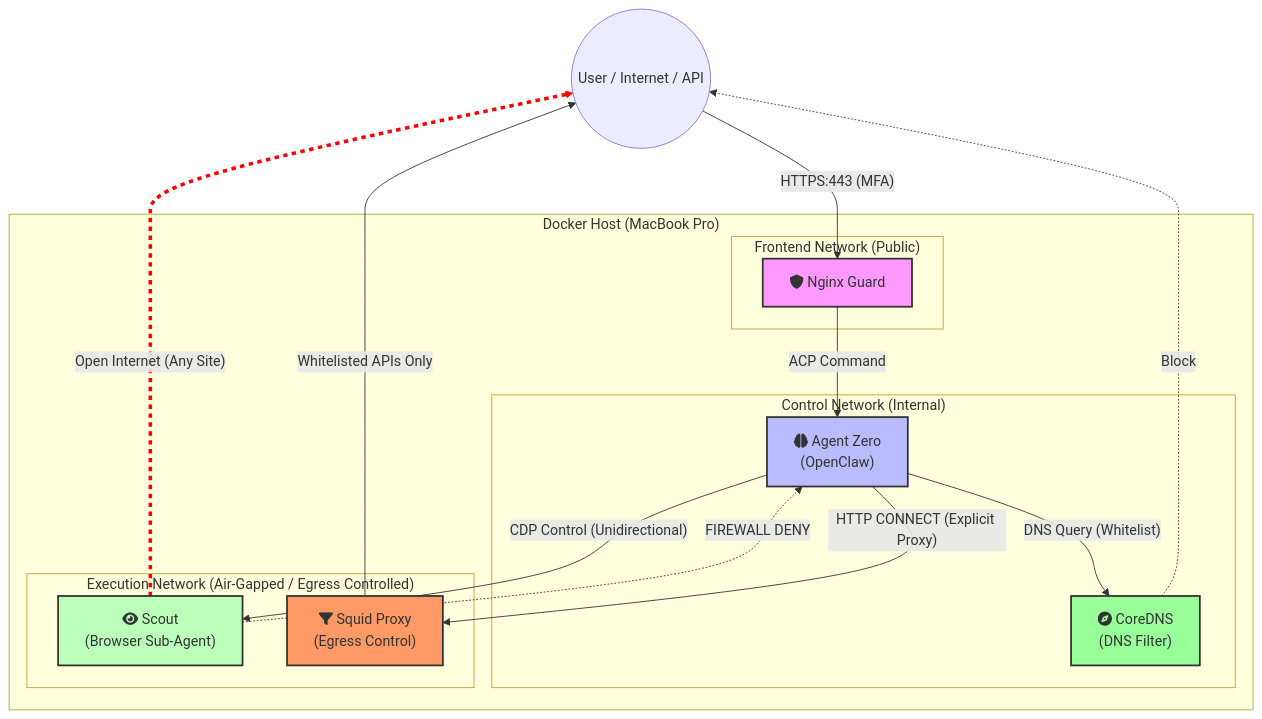
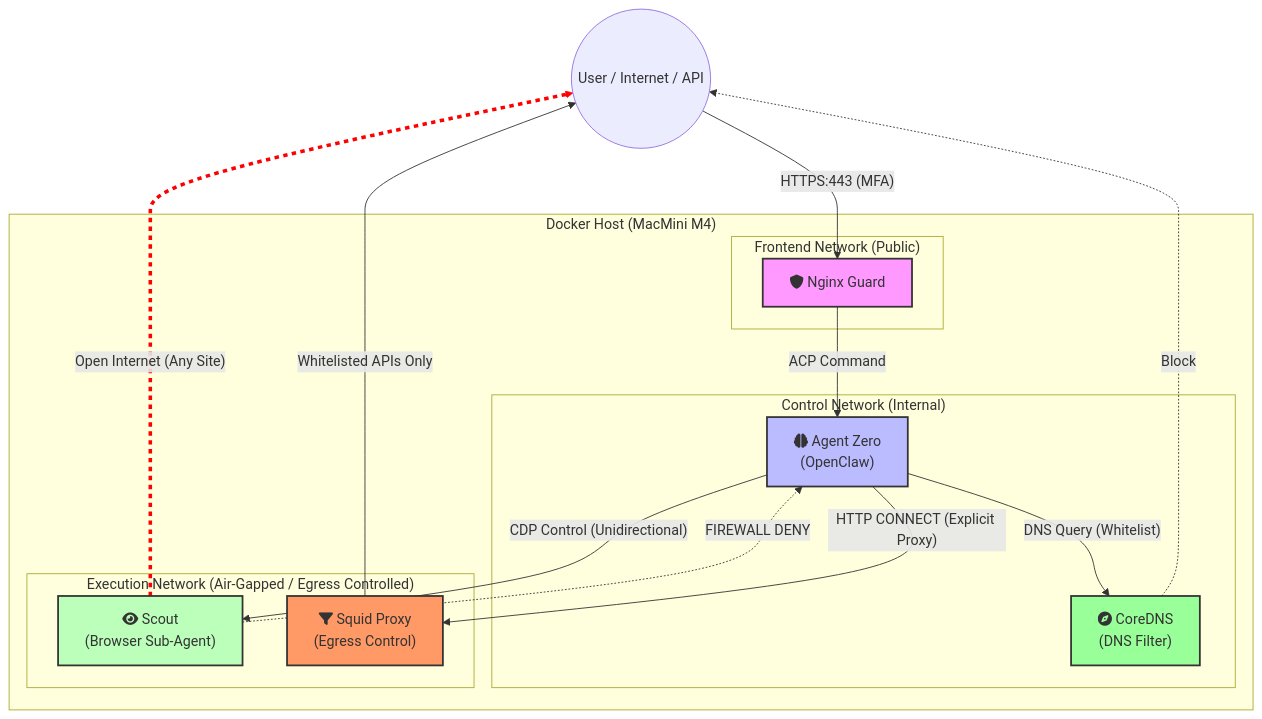
One commit to richfrem/Project_Sanctuary changed the diagram in docs/architecture/safe_agent_zero/diagrams/network_traffic_diagram.mermaid. Above: the diagram before and after it, drawn with Mermaid.

Commit message:
fix(docs): resolve mermaid syntax errors in architecture diagrams

```diff
--- a/docs/architecture/safe_agent_zero/diagrams/network_traffic_diagram.mermaid
+++ b/docs/architecture/safe_agent_zero/diagrams/network_traffic_diagram.mermaid
@@ -1,46 +1,46 @@
 flowchart TB
     internet((User / Internet / API))
 
-    subgraph "Docker Host (MacBook Pro)"
+    subgraph "Docker Host (MacMini M4)"
         subgraph "Frontend Network (Public)"
             guard[fa:fa-shield Nginx Guard]
         end
 
         subgraph "Control Network (Internal)"
             agent["fa:fa-brain Agent Zero<br/>(OpenClaw)"]
             dns["fa:fa-compass CoreDNS<br/>(DNS Filter)"]
         end
 
         subgraph "Execution Network (Air-Gapped / Egress Controlled)"
             scout["fa:fa-eye Scout<br/>(Browser Sub-Agent)"]
             squid["fa:fa-filter Squid Proxy<br/>(Egress Control)"]
         end
     end
 
     %% Ingress Flow
     internet -- "HTTPS:443 (MFA)" --> guard
     guard -- "ACP Command" --> agent
 
     %% Internal Services
     agent -- "DNS Query (Whitelist)" --> dns
-    dns -.->|Block| internet
+    dns -. "Block" .-> internet
 
     %% Egress Flow (Filtered)
     agent -- "HTTP CONNECT (Explicit Proxy)" --> squid
     squid -- "Whitelisted APIs Only" --> internet
     
     %% Execution Flow (Isolated)
     agent -- "CDP Control (Unidirectional)" --> scout
     scout -- "Open Internet (Any Site)" --> internet
     
     %% Lateral Movement Block
-    scout -.->|FIREWALL DENY| agent
+    scout -. "FIREWALL DENY" .-> agent
 
     %% Styling
     style guard fill:#f9f,stroke:#333,stroke-width:2px
     style agent fill:#bbf,stroke:#333,stroke-width:2px
     style scout fill:#bfb,stroke:#333,stroke-width:2px
     style squid fill:#f96,stroke:#333,stroke-width:2px
     style dns fill:#9f9,stroke:#333,stroke-width:2px
 
     linkStyle 7 stroke:red,stroke-width:4px,stroke-dasharray: 5 5;
```
